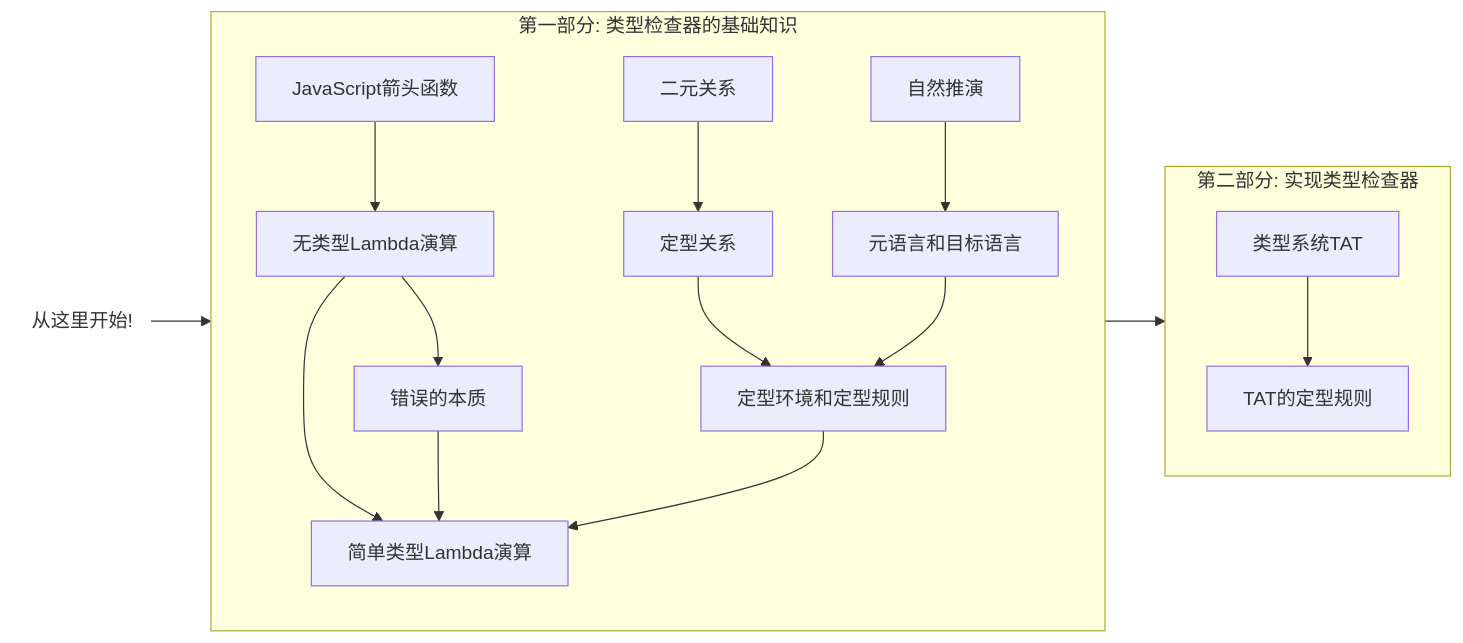
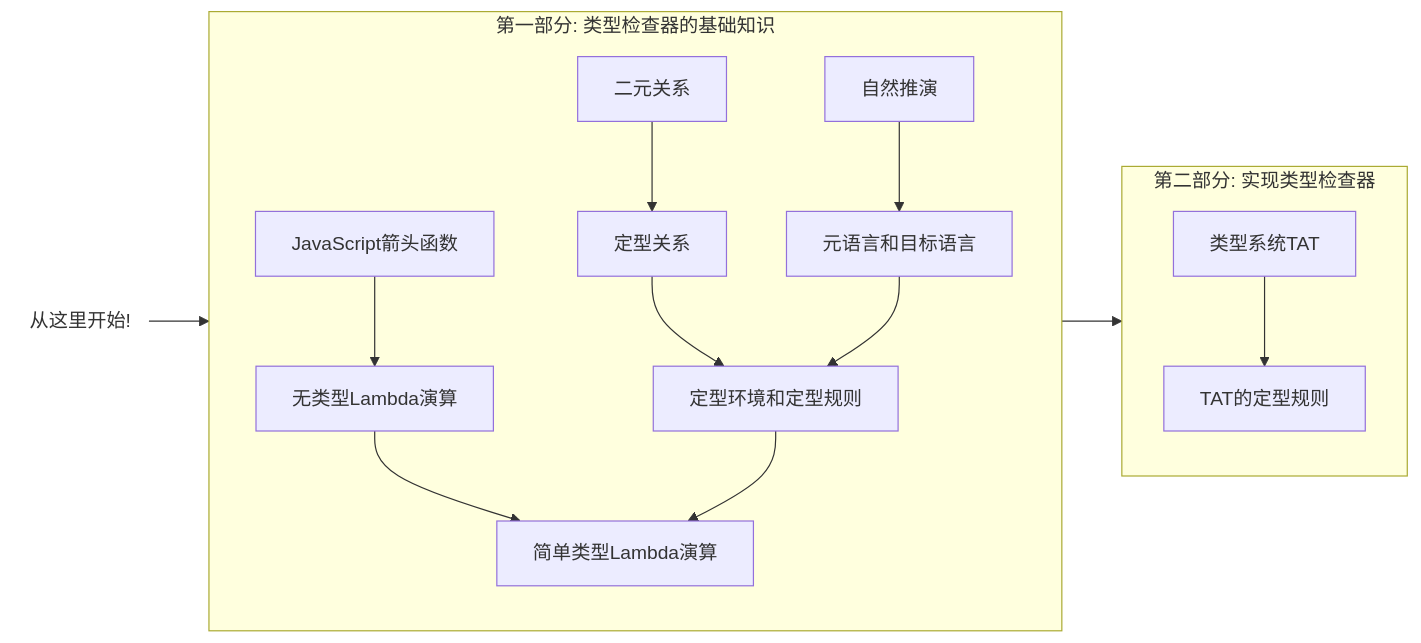
One commit to suica/write-you-a-typescript changed the first of 3 diagrams in slides/slides.md. Above: the diagram before and after it, drawn with Mermaid. The commit also changed other lines of this file, not shown here.

````diff
--- a/slides/slides.md
+++ b/slides/slides.md
@@ -443,24 +443,23 @@
 ```mermaid {scale: 0.9}
 flowchart LR
   subgraph Part1[第一部分: 类型检查器的基础知识]
     direction TB
     ArrowFunction[JavaScript箭头函数] --> UTLC[无类型Lambda演算]
     UTLC --> STLC
     BinaryRelation[二元关系] --> TypingRelation[定型关系]
     TypingRelation --> TypingContext[定型环境和定型规则]
     TypingContext --> STLC[简单类型Lambda演算]
-    UTLC --> Error[错误的本质] --> STLC
     NaturalDeduction[自然推演] --> MetaLanguage
     MetaLanguage[元语言和目标语言] --> TypingContext
   end
 
   subgraph Part2[第二部分: 实现类型检查器]
     direction TB
     TAT[类型系统TAT] --> TATRules[TAT的定型规则]
   end
 
   Start(从这里开始!) --> Part1 --> Part2
   style Start fill:none,stroke:none
 
 
 ```
````
